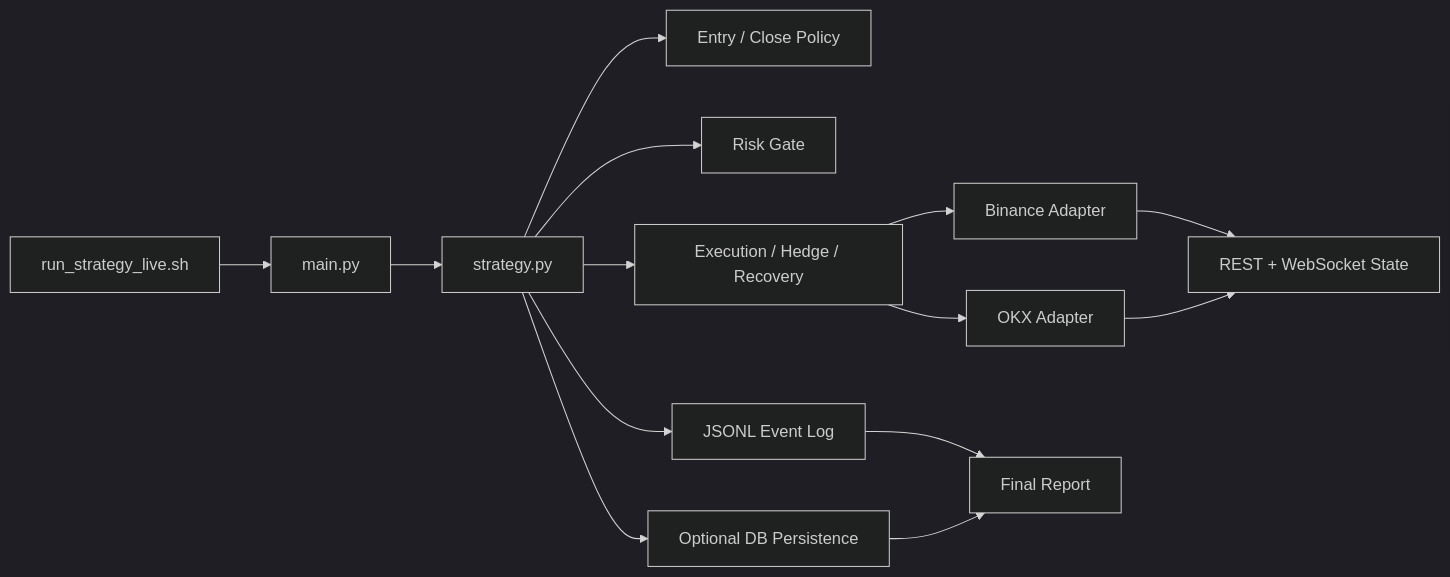
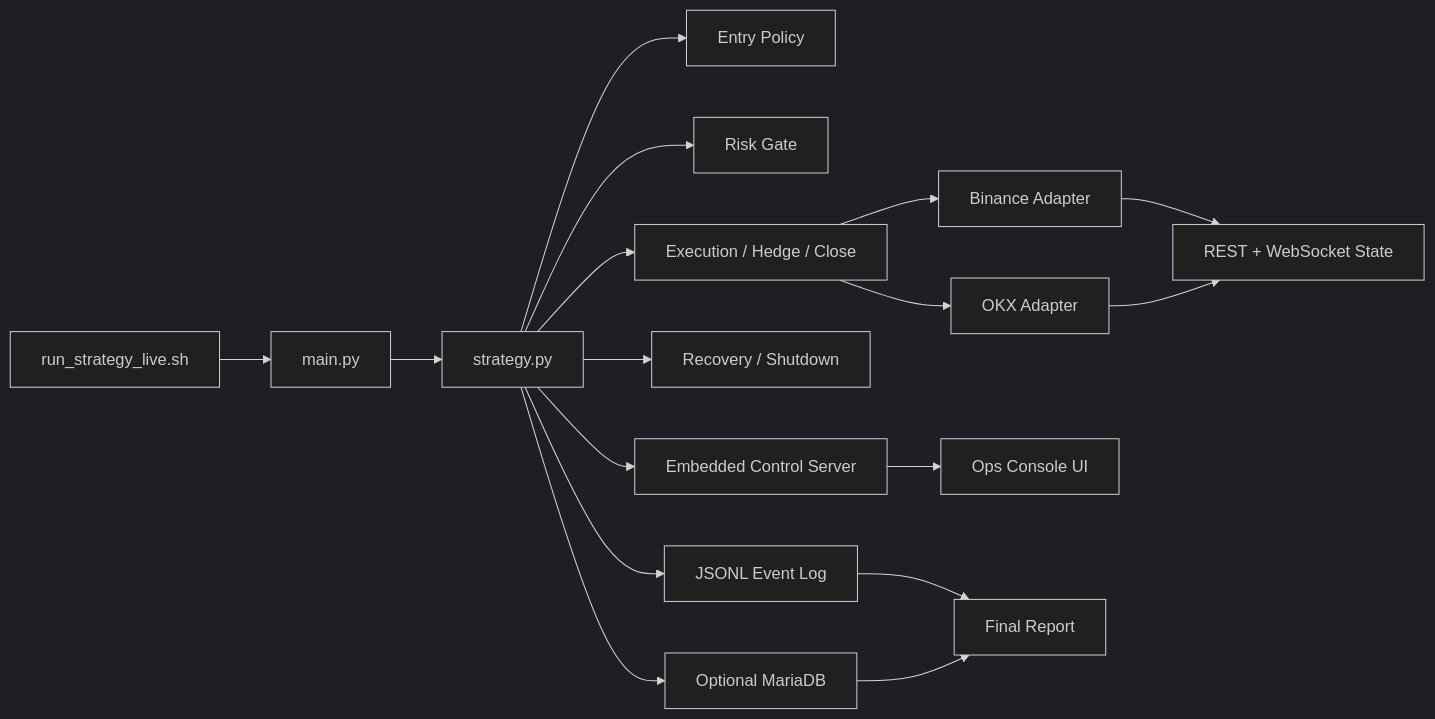
Before and after one commit to rhwhdgks/funding-arb-engine: the diagram in README.md, drawn with Mermaid (dark theme). The commit also changed other lines of this file and 27 other files, not shown here.

Commit message:
Stabilize ops control plane and reporting

````diff
--- a/README.md
+++ b/README.md
@@ -27,16 +40,19 @@
 ```mermaid
 flowchart LR
     A[run_strategy_live.sh] --> B[main.py]
     B --> C[strategy.py]
-    C --> D[Entry / Close Policy]
+    C --> D[Entry Policy]
     C --> E[Risk Gate]
-    C --> F[Execution / Hedge / Recovery]
-    F --> G[Binance Adapter]
-    F --> H[OKX Adapter]
-    G --> I[REST + WebSocket State]
-    H --> I
-    C --> J[JSONL Event Log]
-    C --> K[Optional DB Persistence]
-    J --> L[Final Report]
-    K --> L
+    C --> F[Execution / Hedge / Close]
+    C --> G[Recovery / Shutdown]
+    C --> H[Embedded Control Server]
+    F --> I[Binance Adapter]
+    F --> J[OKX Adapter]
+    I --> K[REST + WebSocket State]
+    J --> K
+    C --> L[JSONL Event Log]
+    C --> M[Optional MariaDB]
+    H --> N[Ops Console UI]
+    L --> O[Final Report]
+    M --> O
 ```
````
